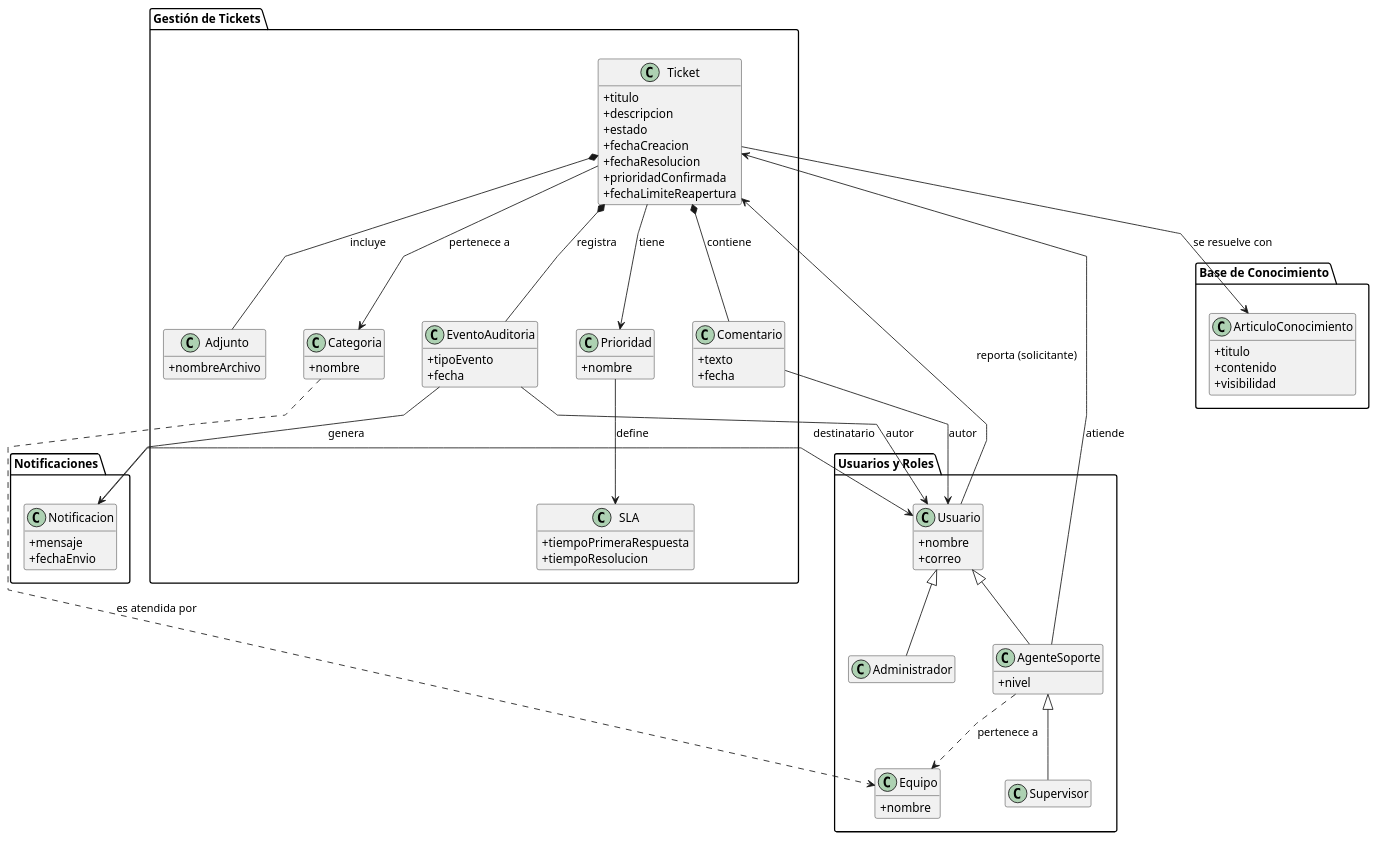
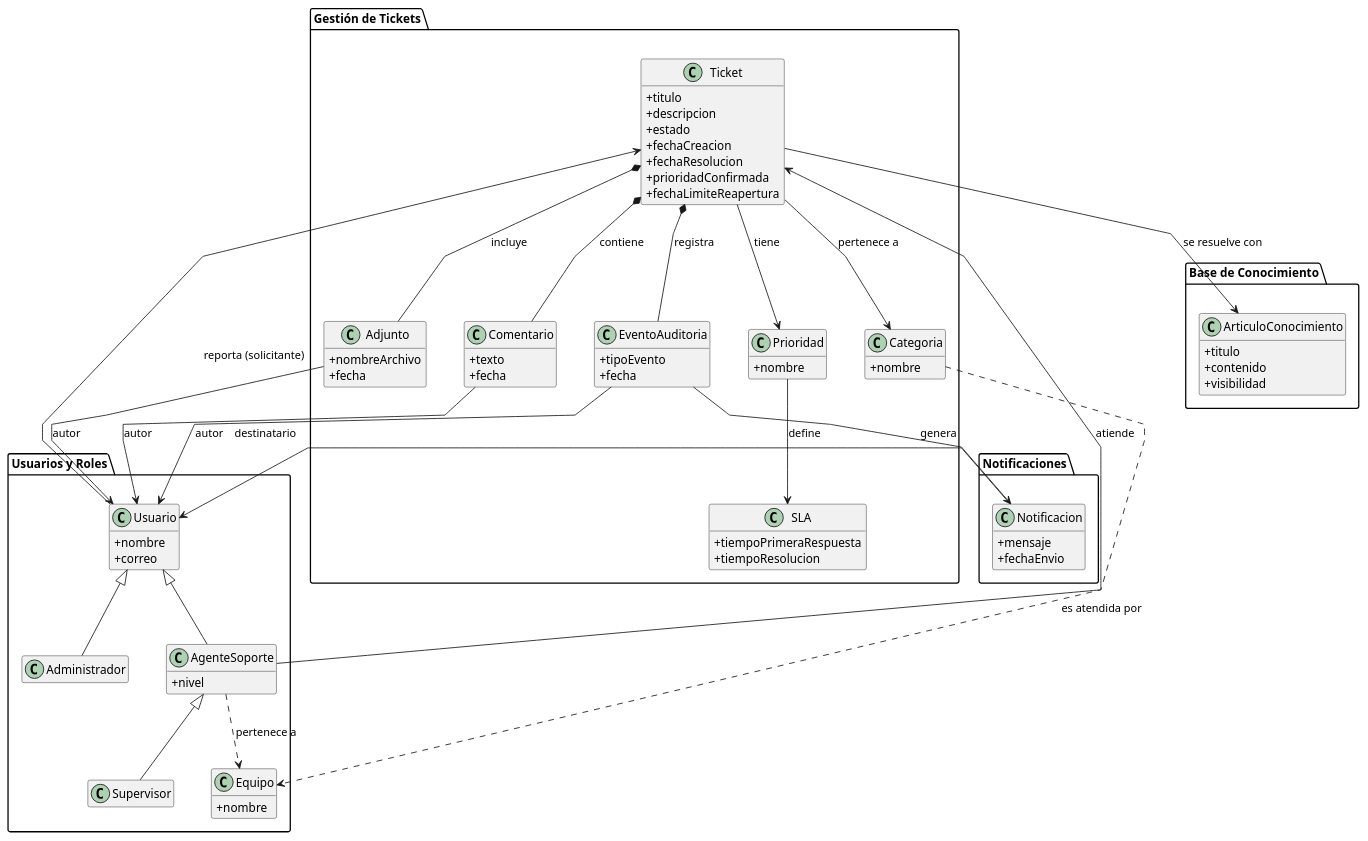
One commit to Dievex/01-HelpDesk changed the diagram in puml/01-fase-inicio/modelo-dominio/diagrama-clases.puml. Above: the diagram before and after it, drawn with PlantUML. The commit also changed 11 other files, not shown here.

```diff
--- a/puml/01-fase-inicio/modelo-dominio/diagrama-clases.puml
+++ b/puml/01-fase-inicio/modelo-dominio/diagrama-clases.puml
@@ -1,93 +1,95 @@
 @startuml diagrama-clases
 hide empty members
 skinparam classAttributeIconSize 0
 skinparam nodesep 45
 skinparam ranksep 70
 skinparam packagePadding 25
 skinparam linetype polyline
 
 package "Usuarios y Roles" {
   class Usuario {
     +nombre
     +correo
   }
   class AgenteSoporte {
     +nivel
   }
   class Supervisor
   class Administrador
   class Equipo {
     +nombre
   }
 }
 
 package "Gestión de Tickets" {
   class Ticket {
     +titulo
     +descripcion
     +estado
     +fechaCreacion
     +fechaResolucion
     +prioridadConfirmada
     +fechaLimiteReapertura
   }
   class Categoria {
     +nombre
   }
   class Prioridad {
     +nombre
   }
   class SLA {
     +tiempoPrimeraRespuesta
     +tiempoResolucion
   }
   class Comentario {
     +texto
     +fecha
   }
   class Adjunto {
     +nombreArchivo
+    +fecha
   }
   class EventoAuditoria {
     +tipoEvento
     +fecha
   }
 }
 
 package "Base de Conocimiento" {
   class ArticuloConocimiento {
     +titulo
     +contenido
     +visibilidad
   }
 }
 
 package "Notificaciones" {
   class Notificacion {
     +mensaje
     +fechaEnvio
   }
 }
 
 Usuario <|-- AgenteSoporte
 AgenteSoporte <|-- Supervisor
 Usuario <|-- Administrador
 
 Usuario  -->  Ticket : reporta (solicitante)
 AgenteSoporte  -->  Ticket : atiende
 AgenteSoporte  ..>  Equipo : pertenece a
 Ticket  -->  Categoria : pertenece a
 Ticket  -->  Prioridad : tiene
 Prioridad  -->  SLA : define
 Categoria  ..>  Equipo : es atendida por
 
 Ticket  *--  Comentario : contiene
 Ticket  *--  Adjunto : incluye
 Ticket  *--  EventoAuditoria : registra
 Ticket  -->  ArticuloConocimiento : se resuelve con
 
 Notificacion  -->  Usuario : destinatario
 Comentario  -->  Usuario : autor
+Adjunto  -->  Usuario : autor
 EventoAuditoria  -->  Usuario : autor
 EventoAuditoria  -->  Notificacion : genera
 @enduml
```
